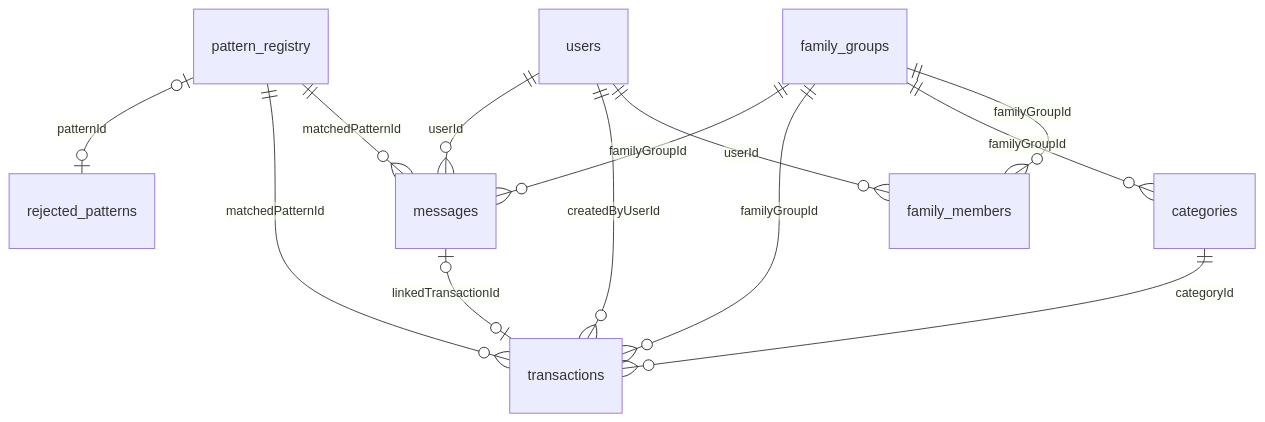
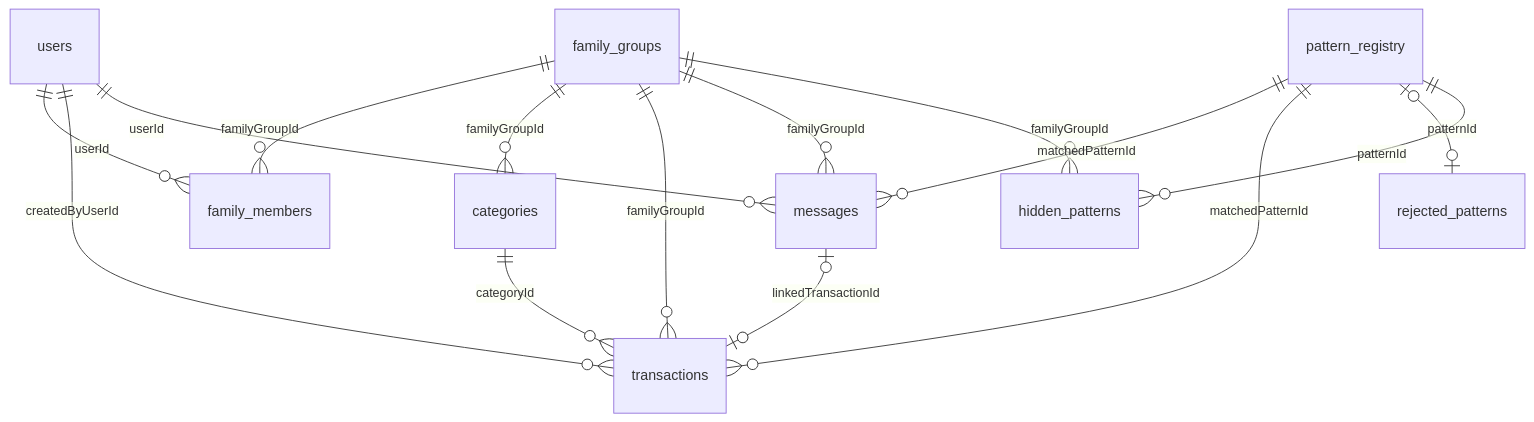
One commit to jayy2kok/budgetly changed the first of 11 diagrams in ERD.md. Above: the diagram before and after it, drawn with Mermaid. The commit also changed other lines of this file and 4 other files, not shown here.

````diff
--- a/ERD.md
+++ b/ERD.md
@@ -25,15 +26,17 @@
 ```mermaid
 erDiagram
     users ||--o{ family_members : "userId"
     family_groups ||--o{ family_members : "familyGroupId"
     family_groups ||--o{ categories : "familyGroupId"
     family_groups ||--o{ transactions : "familyGroupId"
     users ||--o{ transactions : "createdByUserId"
     categories ||--o{ transactions : "categoryId"
     users ||--o{ messages : "userId"
     family_groups ||--o{ messages : "familyGroupId"
     messages |o--o| transactions : "linkedTransactionId"
     pattern_registry ||--o{ messages : "matchedPatternId"
     pattern_registry ||--o{ transactions : "matchedPatternId"
     pattern_registry |o--o| rejected_patterns : "patternId"
+    pattern_registry ||--o{ hidden_patterns : "patternId"
+    family_groups ||--o{ hidden_patterns : "familyGroupId"
 ```
````
